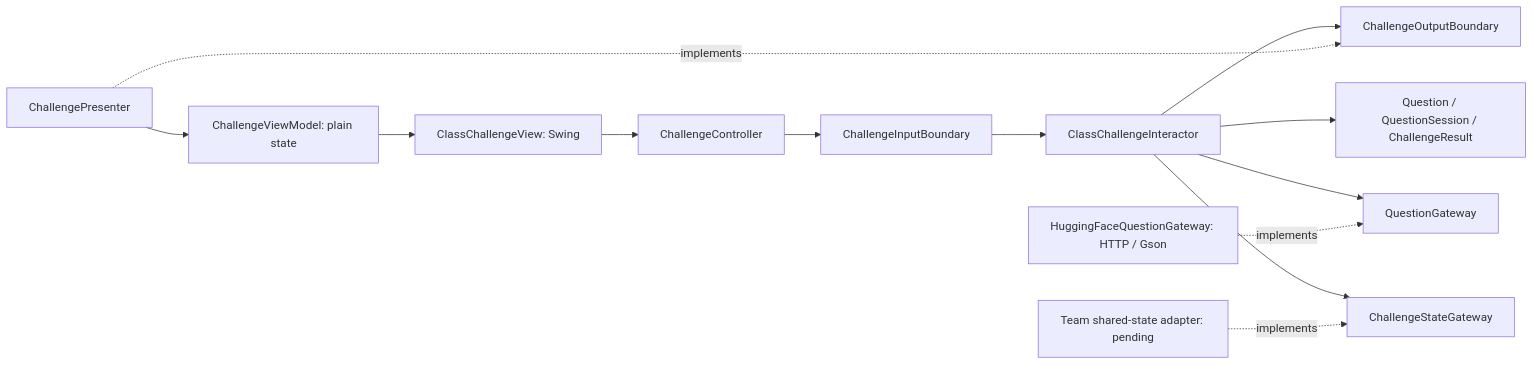
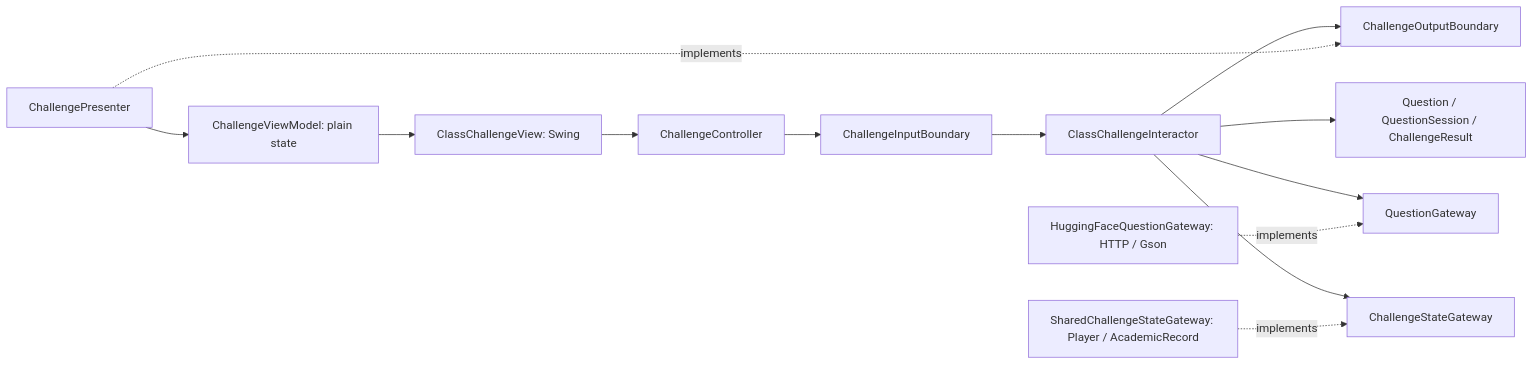
Before and after one commit to yuanyx233/team-project: the first of 2 diagrams in docs/uc2-integration.md, drawn with Mermaid. The commit also changed other lines of this file and 4 other files, not shown here.

Commit message:
feat(uc2): adapt shared player and course progress (#23)

````diff
--- a/docs/uc2-integration.md
+++ b/docs/uc2-integration.md
@@ -24,15 +24,15 @@
 ```mermaid
 flowchart LR
     V[ClassChallengeView: Swing] --> C[ChallengeController]
     C --> I[ChallengeInputBoundary]
     I --> U[ClassChallengeInteractor]
     U --> E[Question / QuestionSession / ChallengeResult]
     U --> Q[QuestionGateway]
     H[HuggingFaceQuestionGateway: HTTP / Gson] -. implements .-> Q
     U --> S[ChallengeStateGateway]
-    A[Team shared-state adapter: pending] -. implements .-> S
+    A[SharedChallengeStateGateway: Player / AcademicRecord] -. implements .-> S
     U --> O[ChallengeOutputBoundary]
     P[ChallengePresenter] -. implements .-> O
     P --> M[ChallengeViewModel: plain state]
     M --> V
 ```
````
